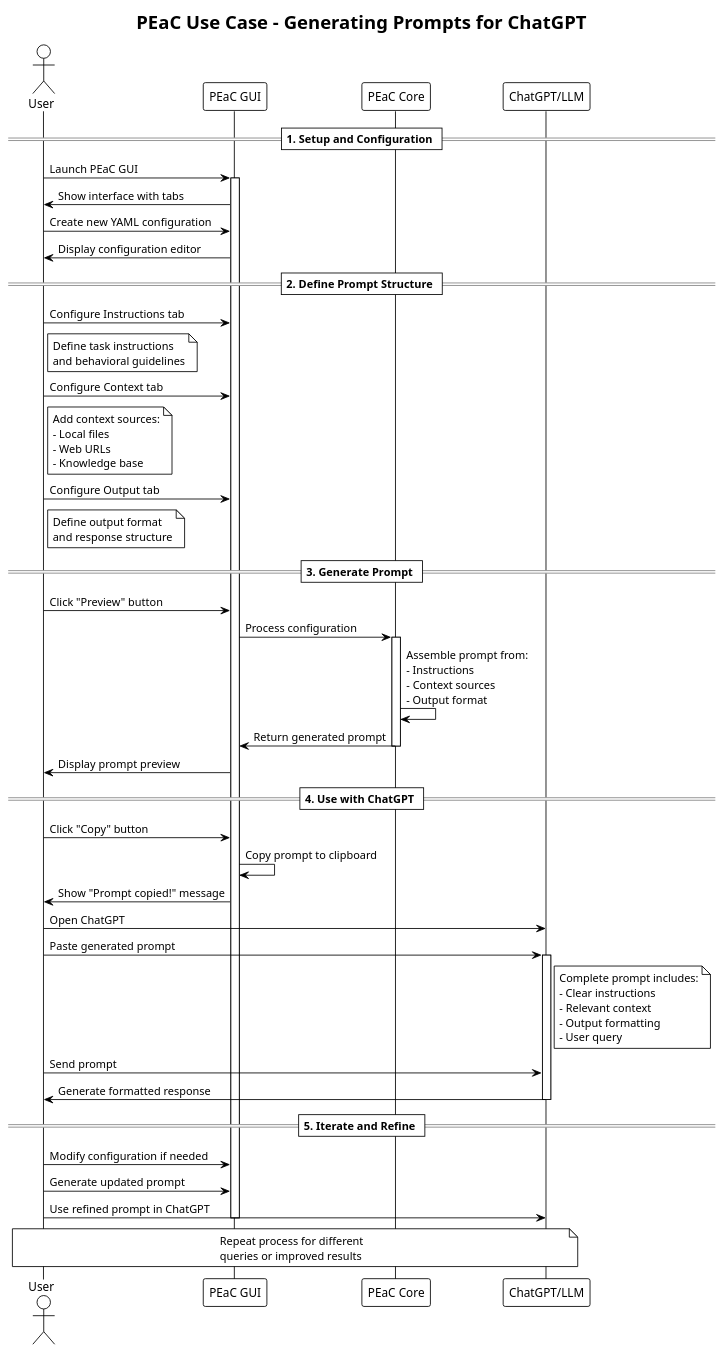
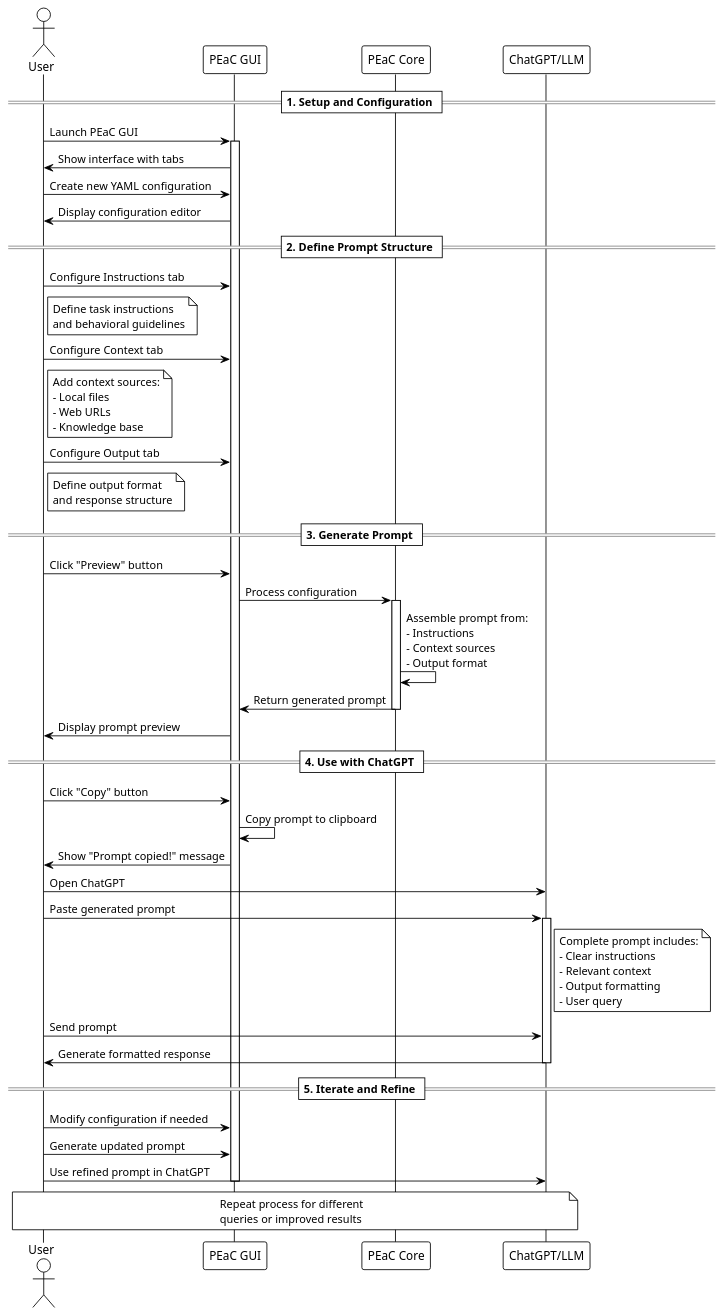
One commit to giper45/peac changed the diagram in docs/sequence_diagram_peac_usecase.puml. Above: the diagram before and after it, drawn with PlantUML. The commit also changed 12 other files, not shown here.

```diff
--- a/docs/sequence_diagram_peac_usecase.puml
+++ b/docs/sequence_diagram_peac_usecase.puml
@@ -1,70 +1,69 @@
 @startuml PEaC_UseCase_Sequence
 !theme plain
 
-title PEaC Use Case - Generating Prompts for ChatGPT
 
 actor "User" as User
 participant "PEaC GUI" as GUI
 participant "PEaC Core" as Core
 participant "ChatGPT/LLM" as LLM
 
 == 1. Setup and Configuration ==
 
 User -> GUI: Launch PEaC GUI
 activate GUI
 GUI -> User: Show interface with tabs
 
 User -> GUI: Create new YAML configuration
 GUI -> User: Display configuration editor
 
 == 2. Define Prompt Structure ==
 
 User -> GUI: Configure Instructions tab
 note right of User: Define task instructions\nand behavioral guidelines
 
 User -> GUI: Configure Context tab
 note right of User: Add context sources:\n- Local files\n- Web URLs\n- Knowledge base
 
 User -> GUI: Configure Output tab
 note right of User: Define output format\nand response structure
 
 == 3. Generate Prompt ==
 
 User -> GUI: Click "Preview" button
 GUI -> Core: Process configuration
 activate Core
 
 Core -> Core: Assemble prompt from:\n- Instructions\n- Context sources\n- Output format
 
 Core -> GUI: Return generated prompt
 deactivate Core
 
 GUI -> User: Display prompt preview
 
 == 4. Use with ChatGPT ==
 
 User -> GUI: Click "Copy" button
 GUI -> GUI: Copy prompt to clipboard
 GUI -> User: Show "Prompt copied!" message
 
 User -> LLM: Open ChatGPT
 User -> LLM: Paste generated prompt
 activate LLM
 
 note right of LLM: Complete prompt includes:\n- Clear instructions\n- Relevant context\n- Output formatting\n- User query
 
 User -> LLM: Send prompt
 LLM -> User: Generate formatted response
 deactivate LLM
 
 == 5. Iterate and Refine ==
 
 User -> GUI: Modify configuration if needed
 User -> GUI: Generate updated prompt
 User -> LLM: Use refined prompt in ChatGPT
 
 note over User, LLM: Repeat process for different\nqueries or improved results
 
 deactivate GUI
 
 @enduml
```
